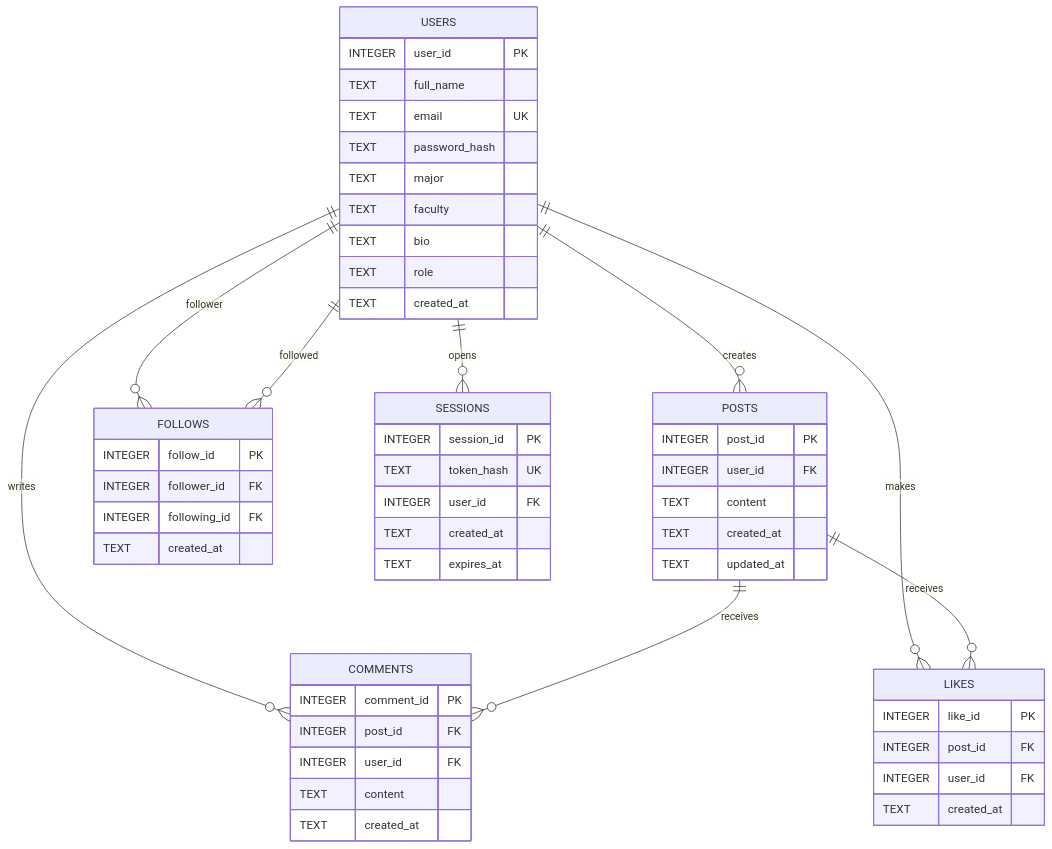
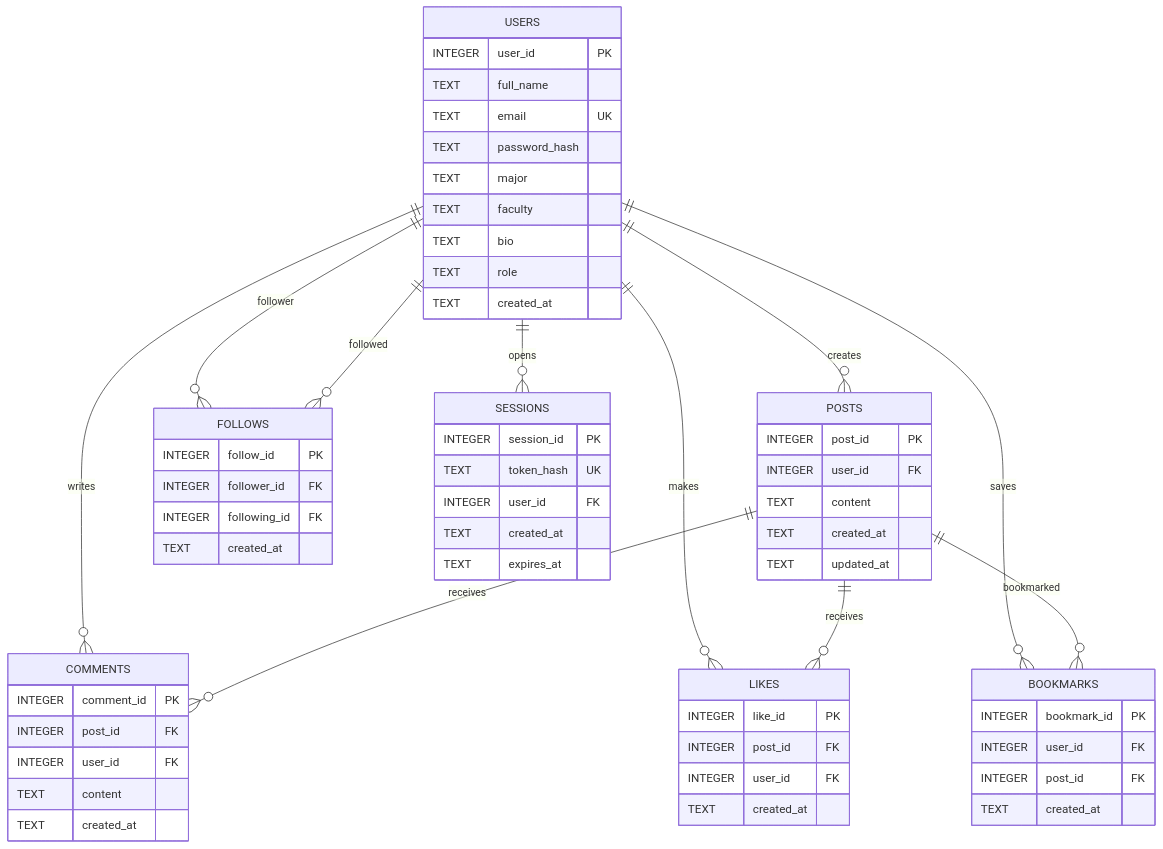
The diagram in docs/erd.mmd (SsToRR/BIS), drawn with Mermaid before and after one commit. The commit also changed 18 other files, not shown here.

```diff
--- a/docs/erd.mmd
+++ b/docs/erd.mmd
@@ -1,53 +1,61 @@
 erDiagram
   USERS {
     INTEGER user_id PK
     TEXT full_name
     TEXT email UK
     TEXT password_hash
     TEXT major
     TEXT faculty
     TEXT bio
     TEXT role
     TEXT created_at
   }
   POSTS {
     INTEGER post_id PK
     INTEGER user_id FK
     TEXT content
     TEXT created_at
     TEXT updated_at
   }
   COMMENTS {
     INTEGER comment_id PK
     INTEGER post_id FK
     INTEGER user_id FK
     TEXT content
     TEXT created_at
   }
   LIKES {
     INTEGER like_id PK
     INTEGER post_id FK
     INTEGER user_id FK
     TEXT created_at
   }
+  BOOKMARKS {
+    INTEGER bookmark_id PK
+    INTEGER user_id FK
+    INTEGER post_id FK
+    TEXT created_at
+  }
   FOLLOWS {
     INTEGER follow_id PK
     INTEGER follower_id FK
     INTEGER following_id FK
     TEXT created_at
   }
   SESSIONS {
     INTEGER session_id PK
     TEXT token_hash UK
     INTEGER user_id FK
     TEXT created_at
     TEXT expires_at
   }
   USERS ||--o{ POSTS : creates
   USERS ||--o{ COMMENTS : writes
   POSTS ||--o{ COMMENTS : receives
   USERS ||--o{ LIKES : makes
   POSTS ||--o{ LIKES : receives
+  USERS ||--o{ BOOKMARKS : saves
+  POSTS ||--o{ BOOKMARKS : bookmarked
   USERS ||--o{ FOLLOWS : follower
   USERS ||--o{ FOLLOWS : followed
   USERS ||--o{ SESSIONS : opens
```
